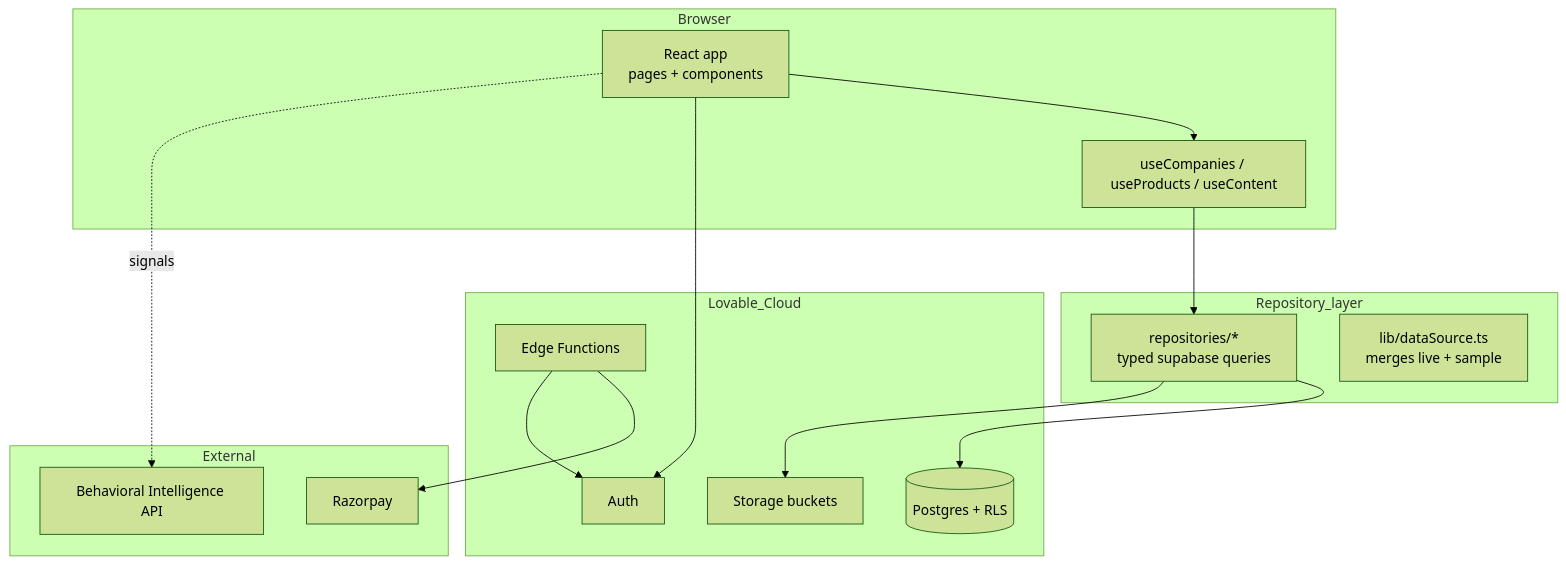
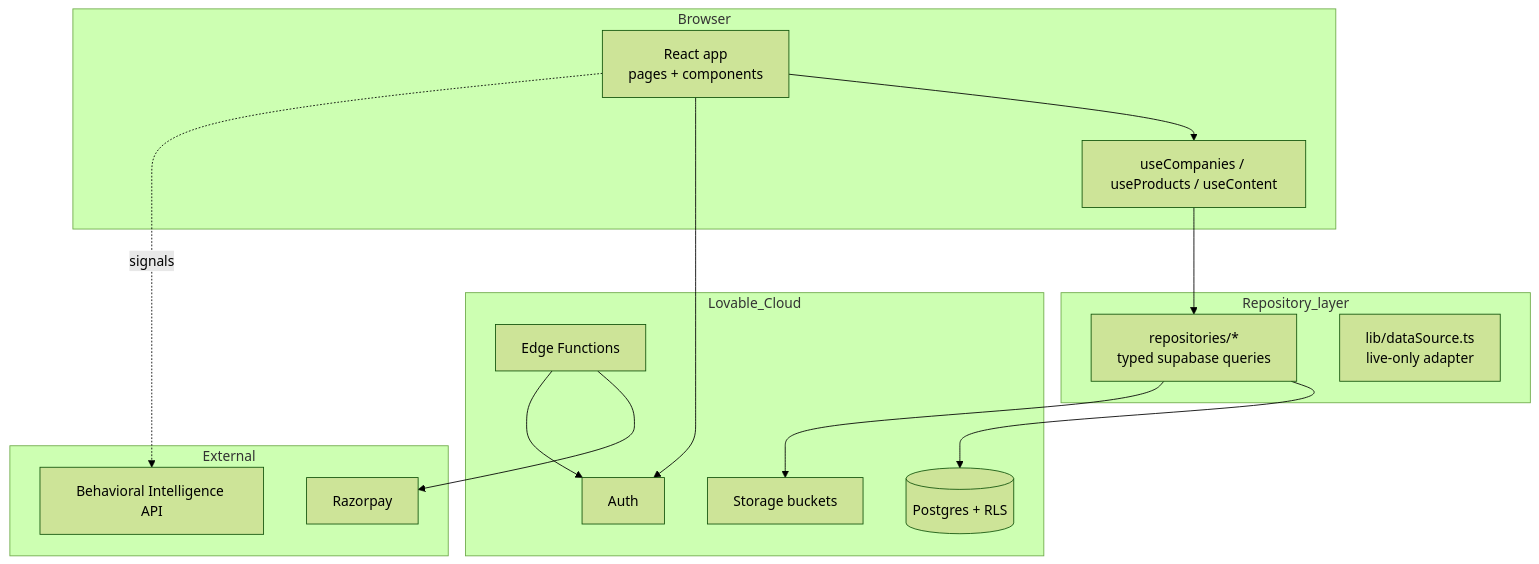
One commit to arka97/mddma-test changed the first of 3 diagrams in src/content/docs/05-architecture-and-tech.md. Above: the diagram before and after it, drawn with Mermaid (forest theme). The commit also changed other lines of this file and 7 other files, not shown here.

````diff
--- a/src/content/docs/05-architecture-and-tech.md
+++ b/src/content/docs/05-architecture-and-tech.md
@@ -19,27 +19,27 @@
 ```mermaid
 graph TD
   subgraph Browser
     UI[React app<br/>pages + components]
     Hooks[useCompanies / useProducts / useContent]
   end
   subgraph Repository_layer
     Repos[repositories/*<br/>typed supabase queries]
-    DS[lib/dataSource.ts<br/>merges live + sample]
+    DS[lib/dataSource.ts<br/>live-only adapter]
   end
   subgraph Lovable_Cloud
     Auth[Auth]
     DB[(Postgres + RLS)]
     Storage[Storage buckets]
     EF[Edge Functions]
   end
   subgraph External
     BIL[Behavioral Intelligence API]
     RP[Razorpay]
   end
   UI --> Hooks --> Repos --> DB
   Repos --> Storage
   UI --> Auth
   EF --> RP
   EF --> Auth
   UI -.signals.-> BIL
 ```
````
